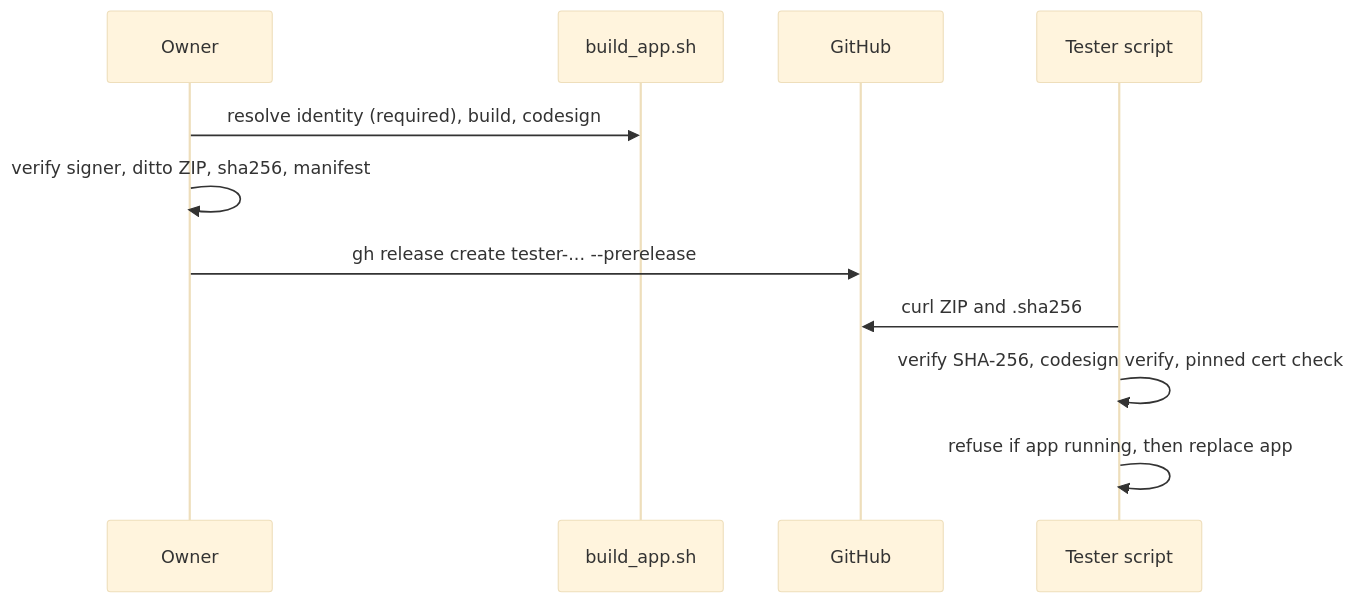
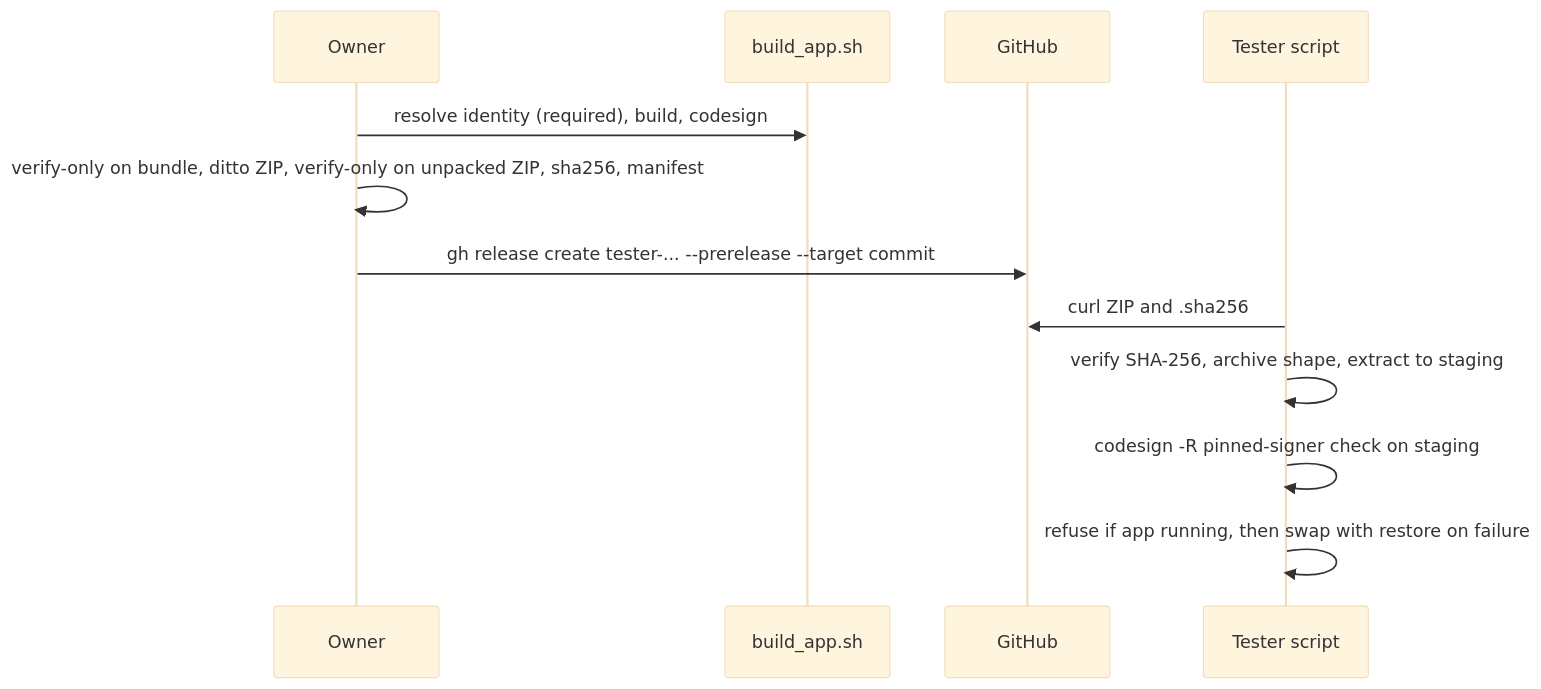
The second of 2 diagrams in docs/plans/20261121-feature-selfsigned-tester-channel.md (pipecat-ai/pipecat-service-toolbar), drawn with Mermaid (base theme) before and after one commit. The commit also changed other lines of this file and 1 other file, not shown here.

Commit message:
docs: apply review-plan findings to self-signed tester plan, add Apple plan pointer

````diff
--- a/docs/plans/20261121-feature-selfsigned-tester-channel.md
+++ b/docs/plans/20261121-feature-selfsigned-tester-channel.md
@@ -197,13 +327,14 @@
 ```mermaid
 sequenceDiagram
   participant O as Owner
   participant B as build_app.sh
   participant G as GitHub
   participant T as Tester script
   O->>B: resolve identity (required), build, codesign
-  O->>O: verify signer, ditto ZIP, sha256, manifest
-  O->>G: gh release create tester-... --prerelease
+  O->>O: verify-only on bundle, ditto ZIP, verify-only on unpacked ZIP, sha256, manifest
+  O->>G: gh release create tester-... --prerelease --target commit
   T->>G: curl ZIP and .sha256
-  T->>T: verify SHA-256, codesign verify, pinned cert check
-  T->>T: refuse if app running, then replace app
+  T->>T: verify SHA-256, archive shape, extract to staging
+  T->>T: codesign -R pinned-signer check on staging
+  T->>T: refuse if app running, then swap with restore on failure
 ```
````
